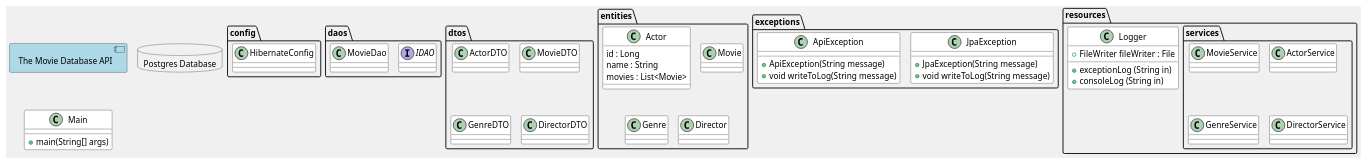
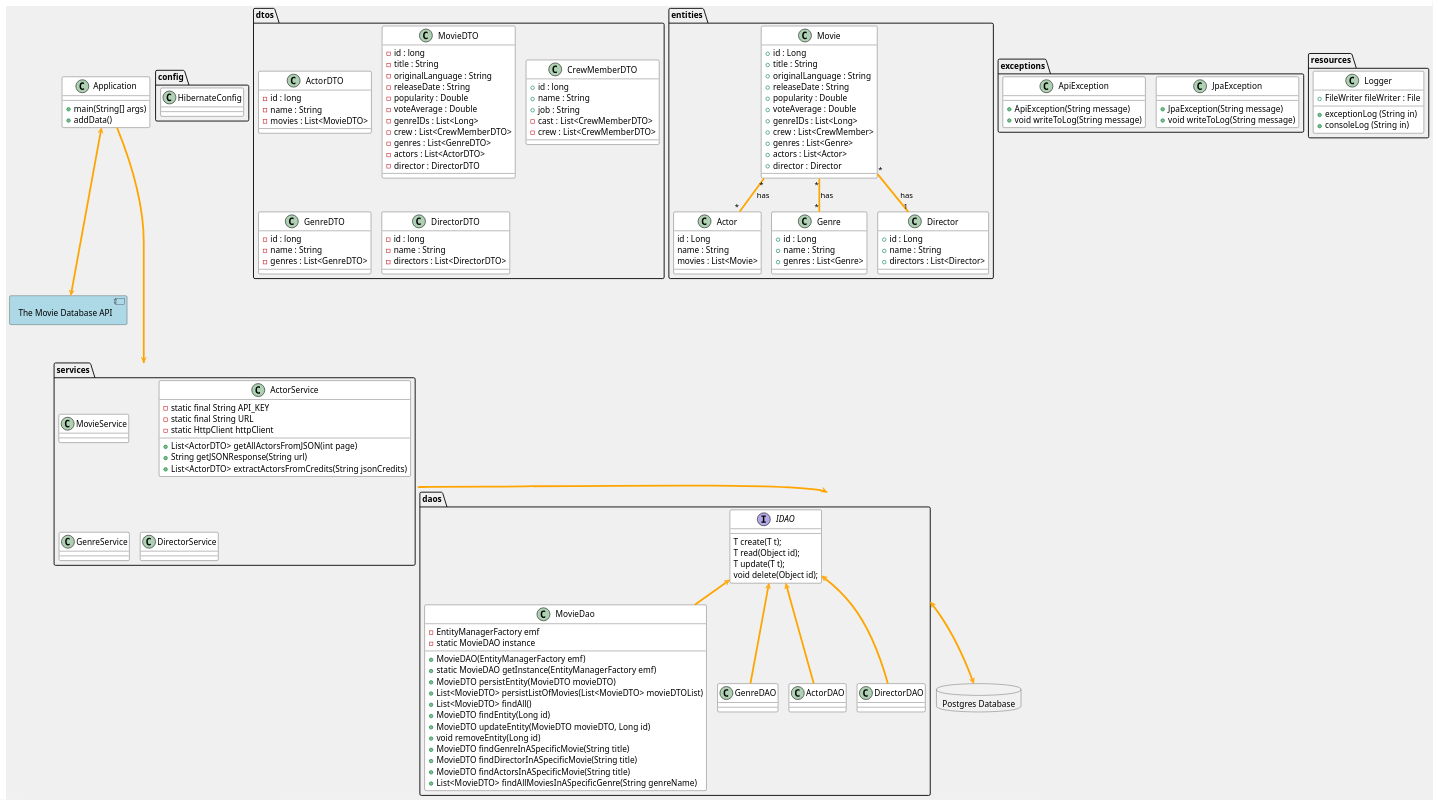
The diagram in src/docs/class_diagram_v2.puml (Jeanette93Cph/SP1MovieRepository), drawn with PlantUML before and after one commit. The commit also changed 1 other file, not shown here.

Commit message:
adds IDAO - methods not refactored // TODO + updates class diagram

```diff
--- a/src/docs/class_diagram_v2.puml
+++ b/src/docs/class_diagram_v2.puml
@@ -26,26 +26,95 @@
 
 ''
 
-Class Main {
+Class Application {
   +main(String[] args)
+  + addData()
 }
-
 
 package "config" {
 Class HibernateConfig
 }
 
 package "daos" {
-Interface IDAO
-Class MovieDao
+Interface IDAO {
+	T create(T t);
+	T read(Object id);
+	T update(T t);
+	void delete(Object id);
+}
+
+Class MovieDao {
+- EntityManagerFactory emf
+- static MovieDAO instance
++ MovieDAO(EntityManagerFactory emf)
++ static MovieDAO getInstance(EntityManagerFactory emf)
++ MovieDTO persistEntity(MovieDTO movieDTO)
++ List<MovieDTO> persistListOfMovies(List<MovieDTO> movieDTOList)
++ List<MovieDTO> findAll()
++ MovieDTO findEntity(Long id)
++ MovieDTO updateEntity(MovieDTO movieDTO, Long id)
++ void removeEntity(Long id)
++ MovieDTO findGenreInASpecificMovie(String title)
++ MovieDTO findDirectorInASpecificMovie(String title)
++ MovieDTO findActorsInASpecificMovie(String title)
++ List<MovieDTO> findAllMoviesInASpecificGenre(String genreName)
+}
+
+
+Class GenreDAO {
+
+
+}
+
+Class ActorDAO {
+
+}
+
+Class DirectorDAO {
+
+}
 }
 
 package "dtos" {
-Class ActorDTO
-Class MovieDTO
-Class GenreDTO
-Class MovieDTO
-Class DirectorDTO
+Class ActorDTO {
+- id : long
+- name : String
+- movies : List<MovieDTO>
+}
+
+Class MovieDTO {
+- id : long
+- title : String
+- originalLanguage : String
+- releaseDate : String
+- popularity : Double
+- voteAverage : Double
+- genreIDs : List<Long>
+- crew : List<CrewMemberDTO>
+- genres : List<GenreDTO>
+- actors : List<ActorDTO>
+- director : DirectorDTO
+}
+
+Class CrewMemberDTO {
++ id : long
++ name : String
++ job : String
+- cast : List<CrewMemberDTO>
+- crew : List<CrewMemberDTO>
+}
+
+Class GenreDTO {
+- id : long
+- name : String
+- genres : List<GenreDTO>
+}
+
+Class DirectorDTO {
+- id : long
+- name : String
+- directors : List<DirectorDTO>
+}
 }
 
 package "entities" {
@@ -55,9 +124,31 @@
     movies : List<Movie>
   }
 
-Class Movie
-Class Genre
-Class Director
+Class Movie {
++ id : Long
++ title : String
++ originalLanguage : String
++ releaseDate : String
++ popularity : Double
++ voteAverage : Double
++ genreIDs : List<Long>
++ crew : List<CrewMember>
++  genres : List<Genre>
++ actors : List<Actor>
++ director : Director
+  }
+
+Class Genre {
++ id : Long
++ name : String
++ genres : List<Genre>
+  }
+
+Class Director {
++ id : Long
++ name : String
++ directors : List<Director>
+  }
 }
 
 package "exceptions" {
@@ -77,17 +168,43 @@
   + consoleLog (String in)
   + FileWriter fileWriter : File
 }
+}
 
 package "services" {
-Class MovieService
-Class ActorService
-Class GenreService
+Class MovieService {
+}
+
+Class ActorService {
+- static final String API_KEY
+- static final String URL
+- static HttpClient httpClient
++ List<ActorDTO> getAllActorsFromJSON(int page)
++ String getJSONResponse(String url)
++ List<ActorDTO> extractActorsFromCredits(String jsonCredits)
+}
+
+
+Class GenreService {
+}
+
 Class DirectorService
 }
 
 ' Define relationships
+"services" --> "daos"
+"daos" <--> Database
 
+"Application" -----> "services"
+"Application" <---> "TMDB_API"
 
+"IDAO" <-- "MovieDao"
+"IDAO" <-- "GenreDAO"
+"IDAO" <-- "ActorDAO"
+"IDAO" <-- "DirectorDAO"
+
+Movie "*" -- "*" Actor : has
+Movie "*" -- "*" Genre : has
+Movie "*" -- "1" Director : has
 
 
 @enduml@enduml
```
